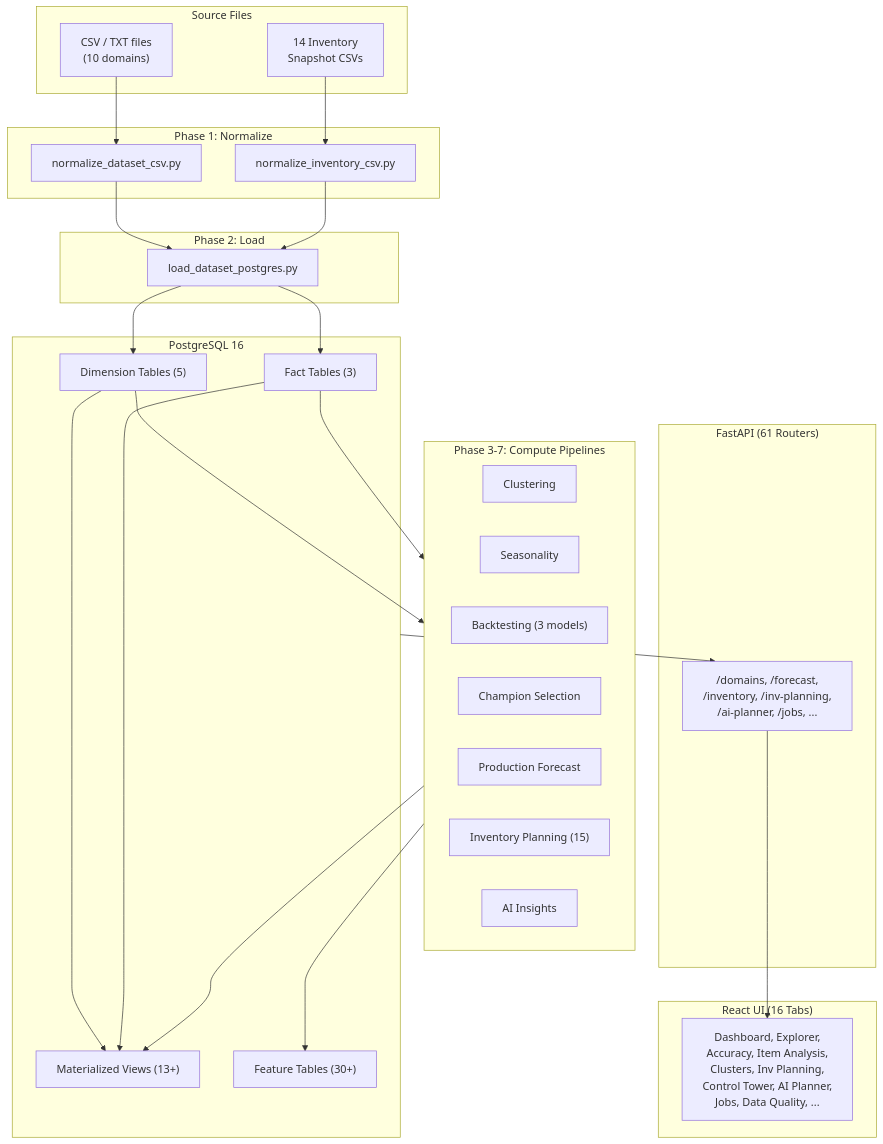
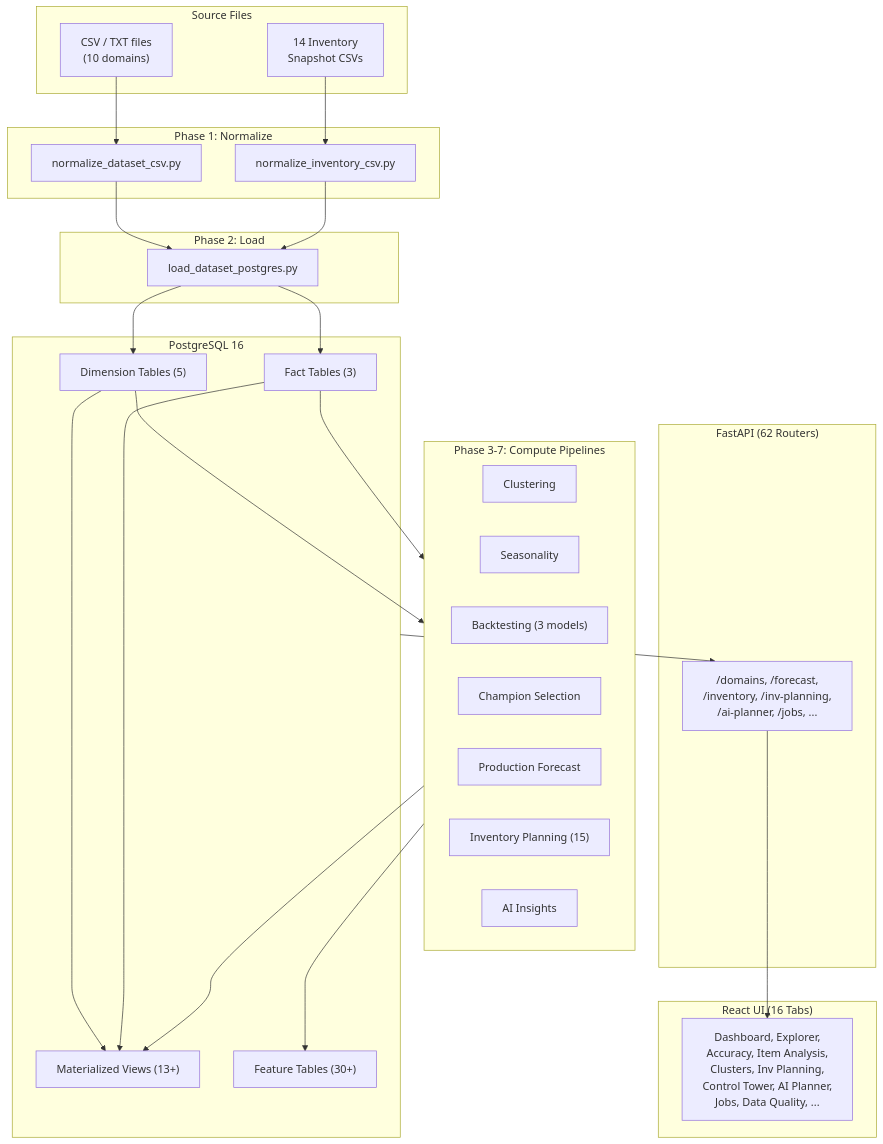
The first of 4 diagrams in docs/ARCHITECTURE.md (chidammano-hash/DemandProject), drawn with Mermaid before and after one commit. The commit also changed other lines of this file and 113 other files, not shown here.

````diff
--- a/docs/ARCHITECTURE.md
+++ b/docs/ARCHITECTURE.md
@@ -29,49 +29,49 @@
 ```mermaid
 flowchart TD
     subgraph SRC["Source Files"]
         CSV["CSV / TXT files<br/>(10 domains)"]
         INV["14 Inventory<br/>Snapshot CSVs"]
     end
 
     subgraph NORM["Phase 1: Normalize"]
         N1["normalize_dataset_csv.py"]
         N2["normalize_inventory_csv.py"]
     end
 
     subgraph LOAD["Phase 2: Load"]
         L1["load_dataset_postgres.py"]
     end
 
     subgraph PG["PostgreSQL 16"]
         DIM["Dimension Tables (5)"]
         FACT["Fact Tables (3)"]
         MV["Materialized Views (13+)"]
         FEAT["Feature Tables (30+)"]
     end
 
     subgraph COMPUTE["Phase 3-7: Compute Pipelines"]
         CL["Clustering"]
         SEAS["Seasonality"]
         BT["Backtesting (3 models)"]
         CHAMP["Champion Selection"]
         PROD["Production Forecast"]
         INVP["Inventory Planning (15)"]
         AI["AI Insights"]
     end
 
-    subgraph API["FastAPI (61 Routers)"]
+    subgraph API["FastAPI (62 Routers)"]
         REST["/domains, /forecast,<br/>/inventory, /inv-planning,<br/>/ai-planner, /jobs, ..."]
     end
 
     subgraph UI["React UI (16 Tabs)"]
         TABS["Dashboard, Explorer,<br/>Accuracy, Item Analysis,<br/>Clusters, Inv Planning,<br/>Control Tower, AI Planner,<br/>Jobs, Data Quality, ..."]
     end
 
     CSV --> N1 --> L1
     INV --> N2 --> L1
     L1 --> DIM & FACT
     DIM & FACT --> MV
     DIM & FACT --> COMPUTE
     COMPUTE --> FEAT & MV
     PG --> REST --> TABS
 ```
````
